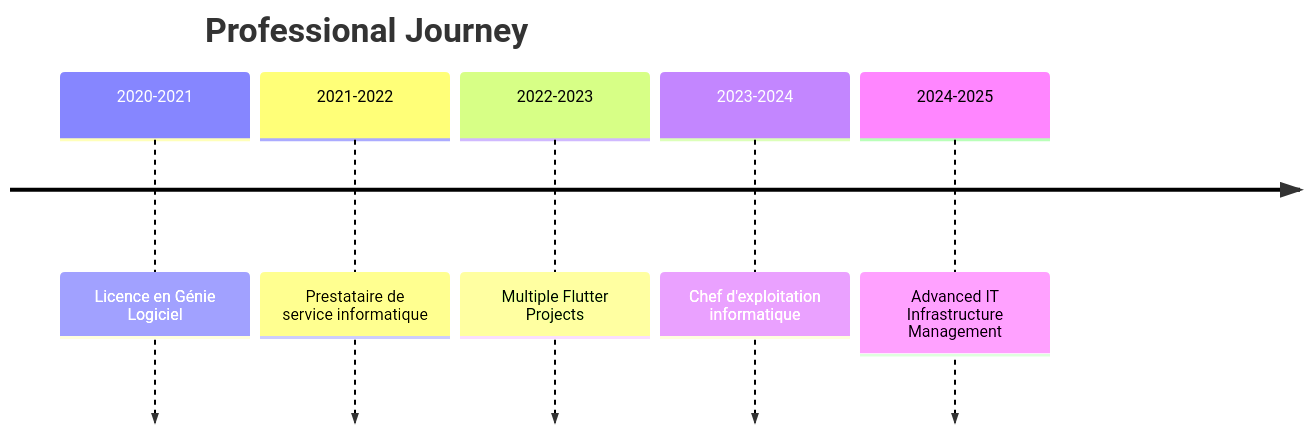
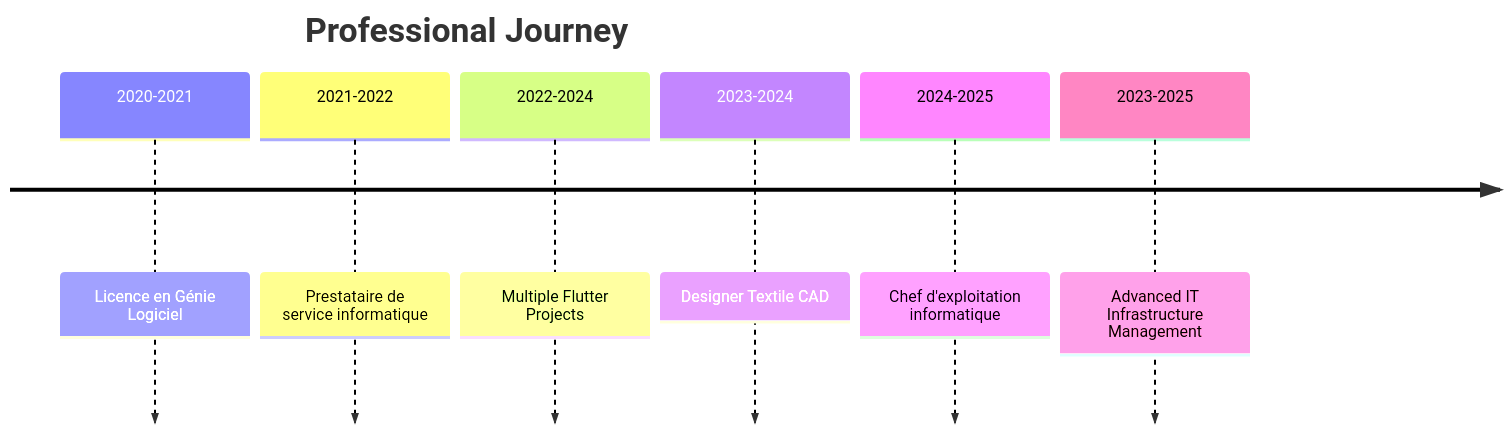
The second of 2 diagrams in README.md (MikeCHOKKI/MikeCHOKKI), drawn with Mermaid before and after one commit.

Commit message:
Update professional journey timeline in README

````diff
--- a/README.md
+++ b/README.md
@@ -347,9 +347,10 @@
 ```mermaid
 timeline
     title Professional Journey
     2020-2021    : Licence en Génie Logiciel
     2021-2022    : Prestataire de service informatique
-    2022-2023    : Multiple Flutter Projects
-    2023-2024    : Chef d'exploitation informatique
-    2024-2025    : Advanced IT Infrastructure Management
+    2022-2024    : Multiple Flutter Projects
+    2023-2024    : Designer Textile CAD
+    2024-2025    : Chef d'exploitation informatique
+    2023-2025    : Advanced IT Infrastructure Management
 ```
````
